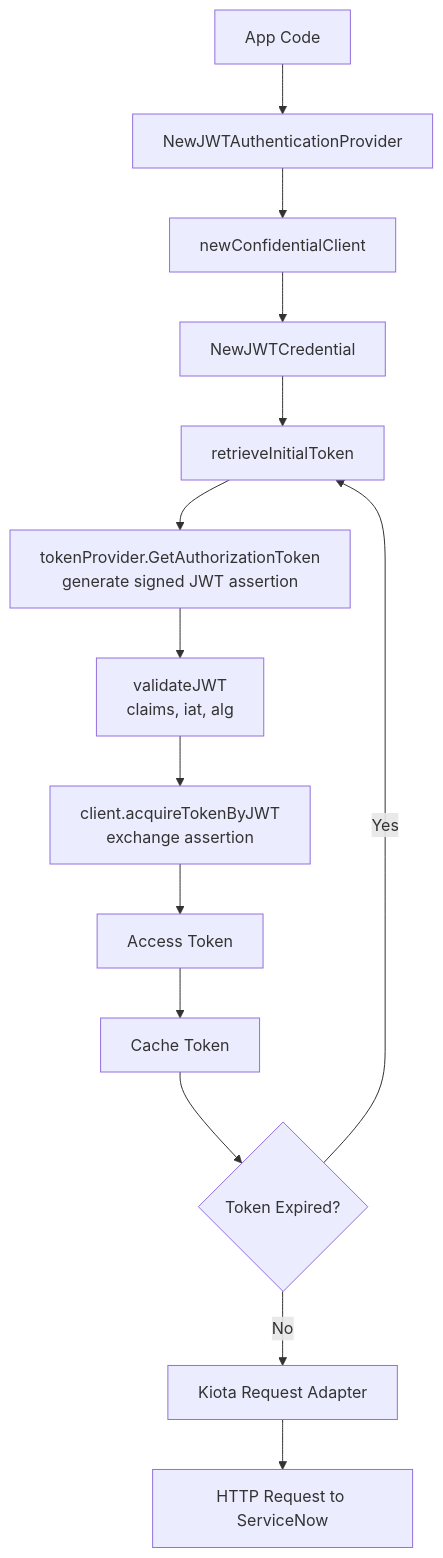
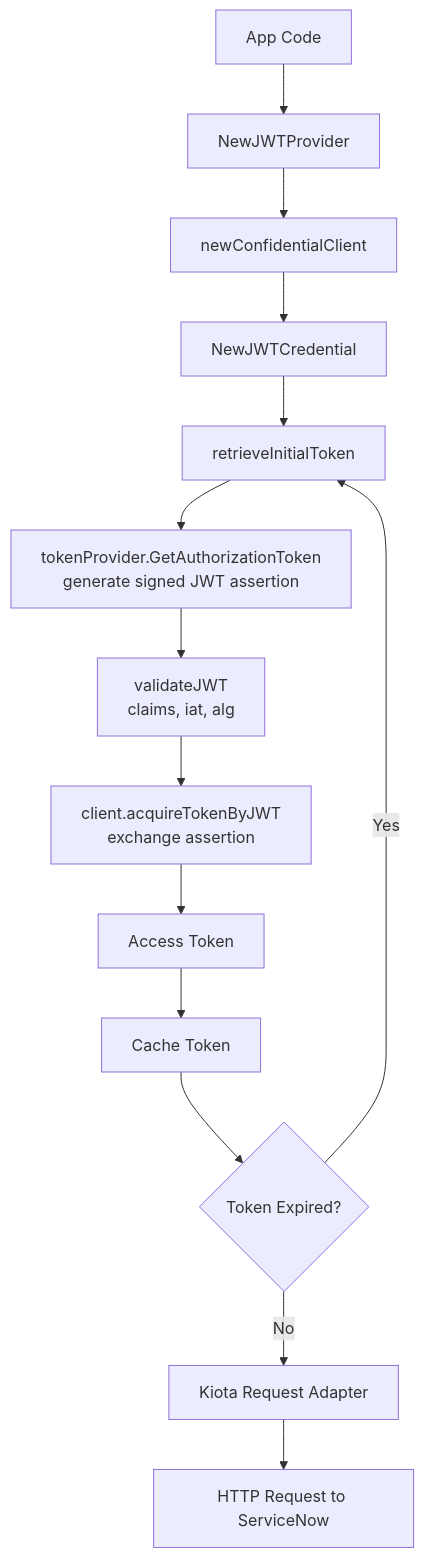
The diagram in website/docs/user-guide/authentication/jwt-token.md (michaeldcanady/servicenow-sdk-go), drawn with Mermaid before and after one commit. The commit also changed other lines of this file and 16 other files, not shown here.

````diff
--- a/website/docs/user-guide/authentication/jwt-token.md
+++ b/website/docs/user-guide/authentication/jwt-token.md
@@ -31,22 +31,22 @@
 ```mermaid
 flowchart TD
-    A[App Code] --> B[NewJWTAuthenticationProvider]
+    A[App Code] --> B[NewJWTProvider]
     B --> C[newConfidentialClient]
     C --> D[NewJWTCredential]
 
     %% Initial Token Acquisition
     D --> E[retrieveInitialToken]
     E --> F[tokenProvider.GetAuthorizationToken<br/>generate signed JWT assertion]
     F --> G[validateJWT<br/>claims, iat, alg]
     G --> H[client.acquireTokenByJWT<br/>exchange assertion]
     H --> I[Access Token]
     I --> J[Cache Token]
 
     %% Refresh Behavior
     J --> K{Token Expired?}
     K -->|Yes| E
     K -->|No| L[Kiota Request Adapter]
 
     %% Request Pipeline
     L --> M[HTTP Request to ServiceNow]
 ```
````
